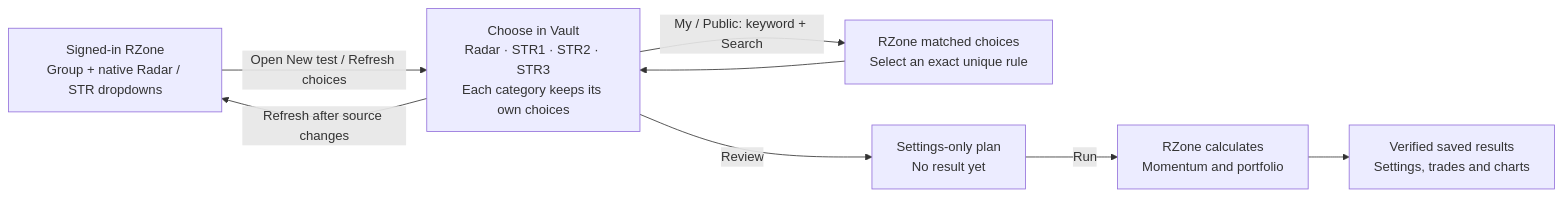
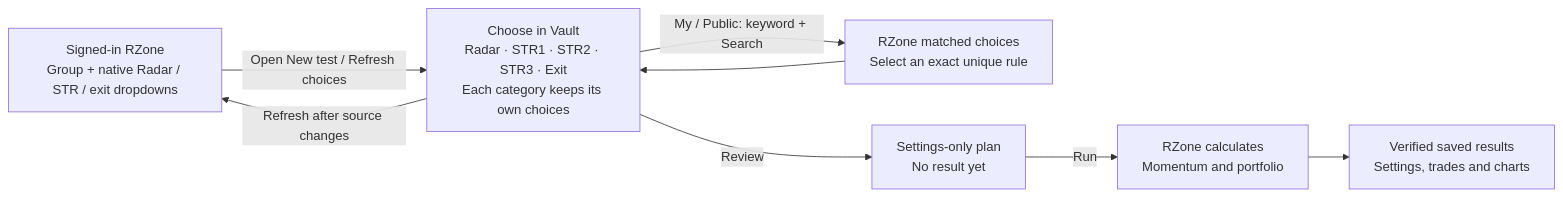
Before and after one commit to mamamiya7/backtest-vault: the third of 12 diagrams in README.md, drawn with Mermaid. The commit also changed other lines of this file and 19 other files, not shown here.

Commit message:
Fix dependent strategy and exit choices after consolidated chart audit

````diff
--- a/README.md
+++ b/README.md
@@ -54,10 +54,10 @@
 ```mermaid
 flowchart LR
-    A["Signed-in RZone<br/>Group + native Radar / STR dropdowns"] -->|"Open New test / Refresh choices"| B["Choose in Vault<br/>Radar · STR1 · STR2 · STR3<br/>Each category keeps its own choices"]
+    A["Signed-in RZone<br/>Group + native Radar / STR / exit dropdowns"] -->|"Open New test / Refresh choices"| B["Choose in Vault<br/>Radar · STR1 · STR2 · STR3 · Exit<br/>Each category keeps its own choices"]
     B -->|"My / Public: keyword + Search"| Q["RZone matched choices<br/>Select an exact unique rule"]
     Q --> B
     B -->|"Refresh after source changes"| A
     B -->|"Review"| C["Settings-only plan<br/>No result yet"]
     C -->|"Run"| D["RZone calculates<br/>Momentum and portfolio"]
     D --> E["Verified saved results<br/>Settings, trades and charts"]
 ```
````
